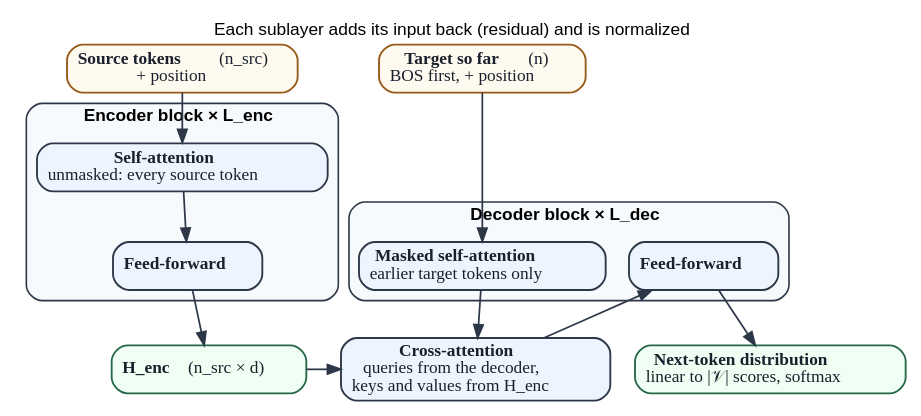
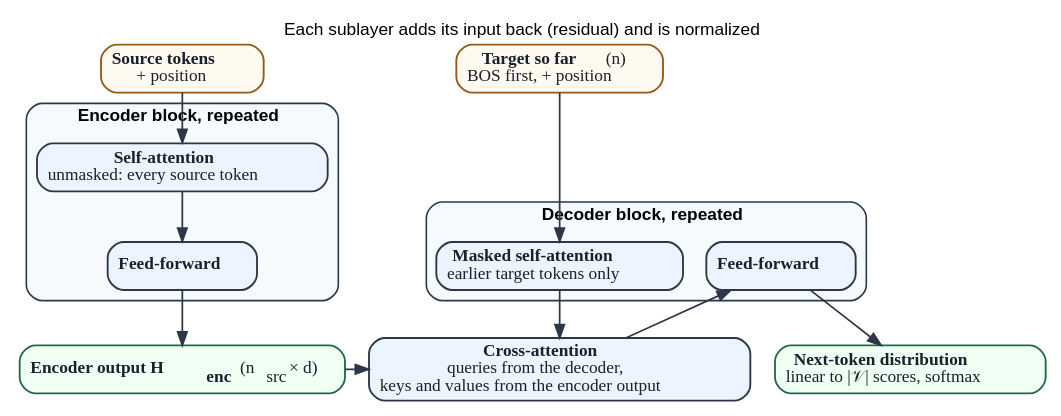
Before and after one commit to Beaker12/llmatlas: the diagram in chapters/01-foundations/figures/encoder_decoder.dot, drawn with Graphviz. The commit also changed 23 other files, not shown here.

Commit message:
Chapter 1: larger text in the sinusoidal and position-cost plots, schematic labels without underscores

```diff
--- a/chapters/01-foundations/figures/encoder_decoder.dot
+++ b/chapters/01-foundations/figures/encoder_decoder.dot
@@ -1,29 +1,29 @@
 digraph EncoderDecoder {
     graph [fontname="Arial" fontsize=13 bgcolor=white label=<Each sublayer adds its input back (residual) and is normalized> labelloc=t];
 
-    src [label=<<b>Source tokens</b> (n_src)<br/>+ position> shape=box style="rounded,filled" fillcolor="#fffaf0" color="#975a16" penwidth=1.4 fontsize=13 fontcolor="#1a202c"];
+    src [label=<<b>Source tokens</b><br/>+ position> shape=box style="rounded,filled" fillcolor="#fffaf0" color="#975a16" penwidth=1.4 fontsize=13 fontcolor="#1a202c"];
     tgt [label=<<b>Target so far</b> (n)<br/>BOS first, + position> shape=box style="rounded,filled" fillcolor="#fffaf0" color="#975a16" penwidth=1.4 fontsize=13 fontcolor="#1a202c"];
     { rank=same; src; tgt; }
     subgraph cluster_enc {
-        label=<<b>Encoder block × L_enc</b>>; fontsize=13; style="rounded,filled"; fillcolor="#f7fafc"; color="#2d3748"; penwidth=1.2;
+        label=<<b>Encoder block, repeated</b>>; fontsize=13; style="rounded,filled"; fillcolor="#f7fafc"; color="#2d3748"; penwidth=1.2;
         esa [label=<<b>Self-attention</b><br/>unmasked: every source token> shape=box style="rounded,filled" fillcolor="#ebf4ff" color="#2d3748" penwidth=1.4 fontsize=13 fontcolor="#1a202c"];
         eff [label=<<b>Feed-forward</b>> shape=box style="rounded,filled" fillcolor="#ebf4ff" color="#2d3748" penwidth=1.4 fontsize=13 fontcolor="#1a202c"];
     }
     subgraph cluster_dec {
-        label=<<b>Decoder block × L_dec</b>>; fontsize=13; style="rounded,filled"; fillcolor="#f7fafc"; color="#2d3748"; penwidth=1.2;
+        label=<<b>Decoder block, repeated</b>>; fontsize=13; style="rounded,filled"; fillcolor="#f7fafc"; color="#2d3748"; penwidth=1.2;
         dsa [label=<<b>Masked self-attention</b><br/>earlier target tokens only> shape=box style="rounded,filled" fillcolor="#ebf4ff" color="#2d3748" penwidth=1.4 fontsize=13 fontcolor="#1a202c"];
-        dca [label=<<b>Cross-attention</b><br/>queries from the decoder,<br/>keys and values from H_enc> shape=box style="rounded,filled" fillcolor="#ebf4ff" color="#2d3748" penwidth=1.4 fontsize=13 fontcolor="#1a202c"];
+        dca [label=<<b>Cross-attention</b><br/>queries from the decoder,<br/>keys and values from the encoder output> shape=box style="rounded,filled" fillcolor="#ebf4ff" color="#2d3748" penwidth=1.4 fontsize=13 fontcolor="#1a202c"];
         dff [label=<<b>Feed-forward</b>> shape=box style="rounded,filled" fillcolor="#ebf4ff" color="#2d3748" penwidth=1.4 fontsize=13 fontcolor="#1a202c"];
     }
-    h [label=<<b>H_enc</b>  (n_src × d)> shape=box style="rounded,filled" fillcolor="#f0fff4" color="#276749" penwidth=1.4 fontsize=13 fontcolor="#1a202c"];
+    h [label=<<b>Encoder output H<sub>enc</sub></b>  (n<sub>src</sub> × d)> shape=box style="rounded,filled" fillcolor="#f0fff4" color="#276749" penwidth=1.4 fontsize=13 fontcolor="#1a202c"];
     p [label=<<b>Next-token distribution</b><br/>linear to |𝒱| scores, softmax> shape=box style="rounded,filled" fillcolor="#f0fff4" color="#276749" penwidth=1.4 fontsize=13 fontcolor="#1a202c"];
     { rank=same; h; dca; }
     src -> esa [color="#2d3748" penwidth=1.3 fontsize=12 fontcolor="#1a202c"];
     esa -> eff [color="#2d3748" penwidth=1.3 fontsize=12 fontcolor="#1a202c"];
     eff -> h [color="#2d3748" penwidth=1.3 fontsize=12 fontcolor="#1a202c"];
     tgt -> dsa [color="#2d3748" penwidth=1.3 fontsize=12 fontcolor="#1a202c"];
     dsa -> dca [color="#2d3748" penwidth=1.3 fontsize=12 fontcolor="#1a202c"];
     dca -> dff [color="#2d3748" penwidth=1.3 fontsize=12 fontcolor="#1a202c"];
     dff -> p [color="#2d3748" penwidth=1.3 fontsize=12 fontcolor="#1a202c"];
     h -> dca [color="#2d3748" penwidth=1.3 fontsize=12 fontcolor="#1a202c"];
 }
```
